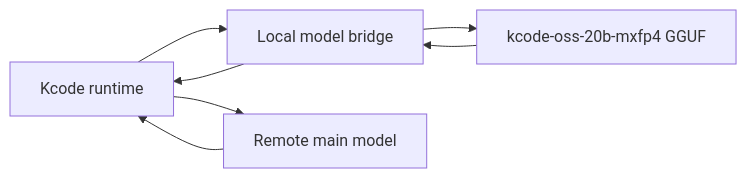
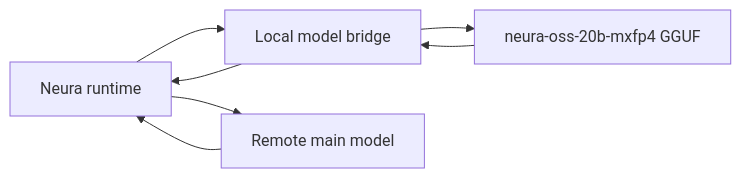
One commit to icedmoca/neura changed diagram 21 of 26 in docs/ABOUT.md. Above: the diagram before and after it, drawn with Mermaid. The commit also changed other lines of this file and 562 other files, not shown here.

Commit message:
Rename Kcode to Neura

````diff
--- a/docs/ABOUT.md
+++ b/docs/ABOUT.md
@@ -761,9 +761,9 @@
 ```mermaid
 flowchart LR
-    K[Kcode runtime] --> B[Local model bridge]
-    B --> L[kcode-oss-20b-mxfp4 GGUF]
+    K[Neura runtime] --> B[Local model bridge]
+    B --> L[neura-oss-20b-mxfp4 GGUF]
     L --> B
     B --> K
     K --> R[Remote main model]
     R --> K
 ```
````
